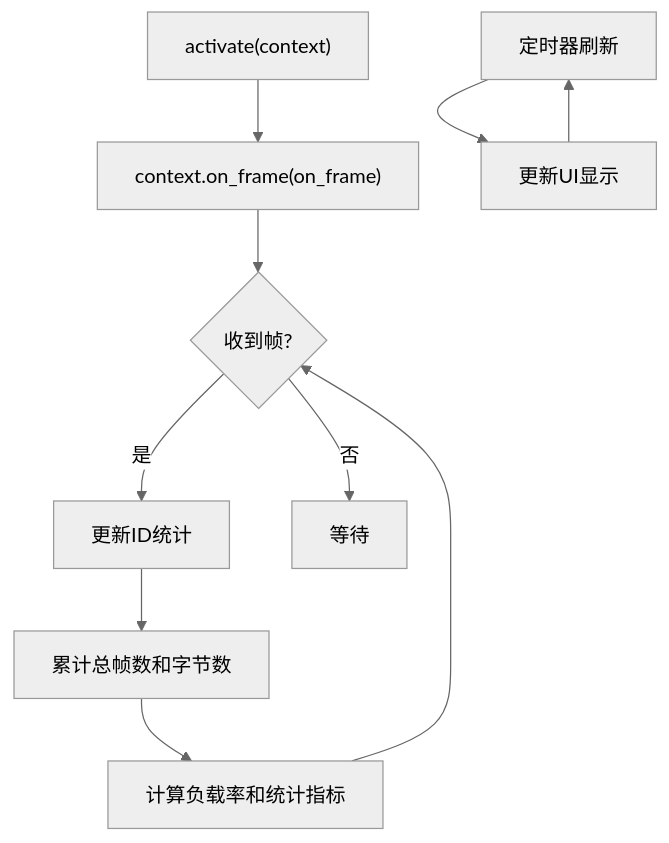
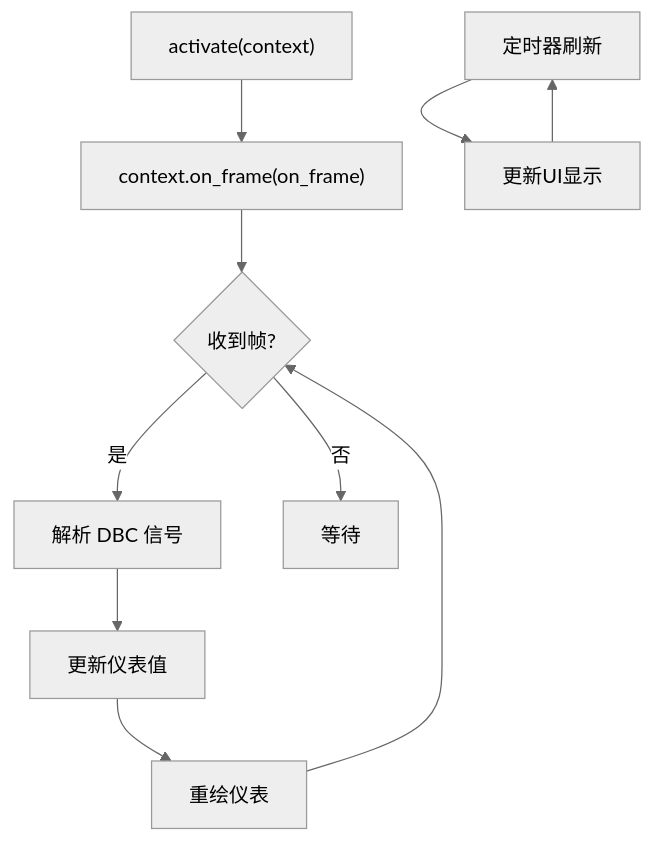
Before and after one commit to jakecai1225-design/OpenBus: the fourth of 8 diagrams in .qoder/repowiki/zh/content/开发指南/示例插件.md, drawn with Mermaid (neutral theme). The commit also changed other lines of this file and 80 other files, not shown here.

Commit message:
graphic 优化

````diff
--- a/.qoder/repowiki/zh/content/开发指南/示例插件.md
+++ b/.qoder/repowiki/zh/content/开发指南/示例插件.md
@@ -181,12 +209,12 @@
 ```mermaid
 flowchart TD
 A["activate(context)"] --> B["context.on_frame(on_frame)"]
 B --> C{"收到帧?"}
-C --> |是| D["更新ID统计"]
-D --> E["累计总帧数和字节数"]
-E --> F["计算负载率和统计指标"]
-F --> C
-C --> |否| G["等待"]
-H["定时器刷新"] --> I["更新UI显示"]
-I --> H
+C --> |是| Parse["解析 DBC 信号"]
+Parse --> Update["更新仪表值"]
+Update --> Paint["重绘仪表"]
+Paint --> C
+C --> |否| D["等待"]
+E["定时器刷新"] --> F["更新UI显示"]
+F --> E
 ```
````
